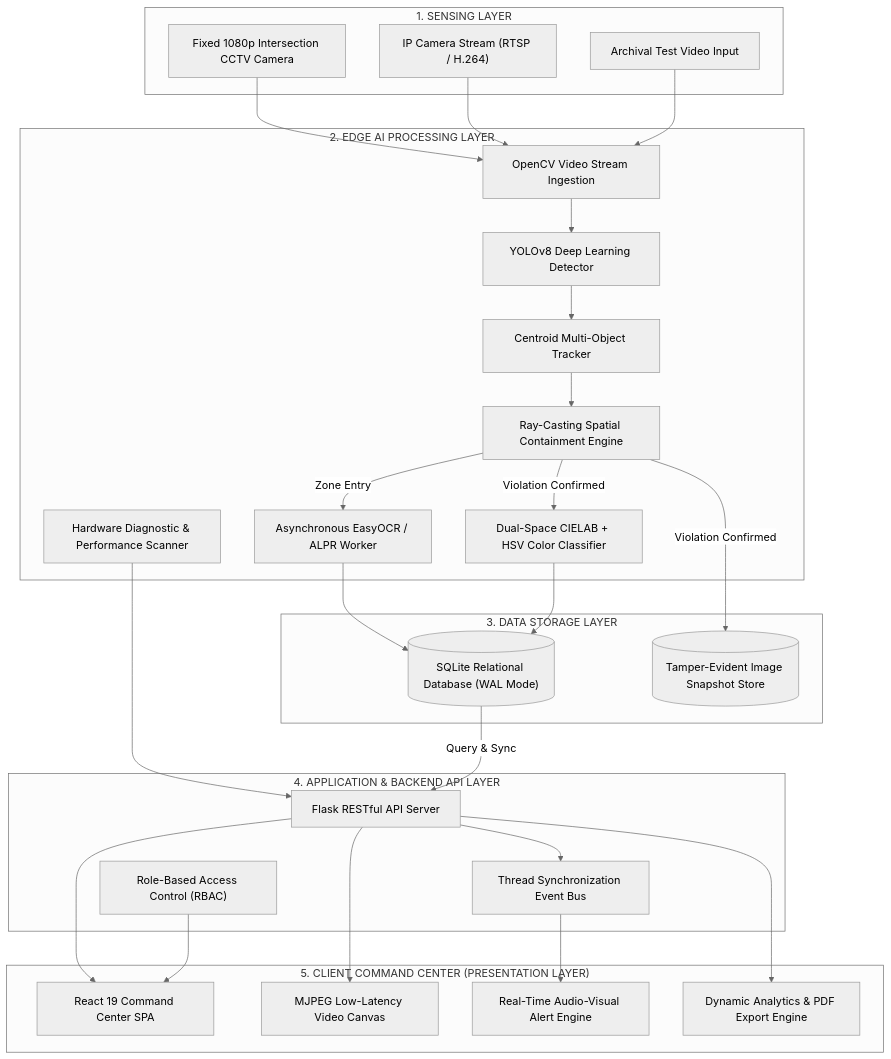
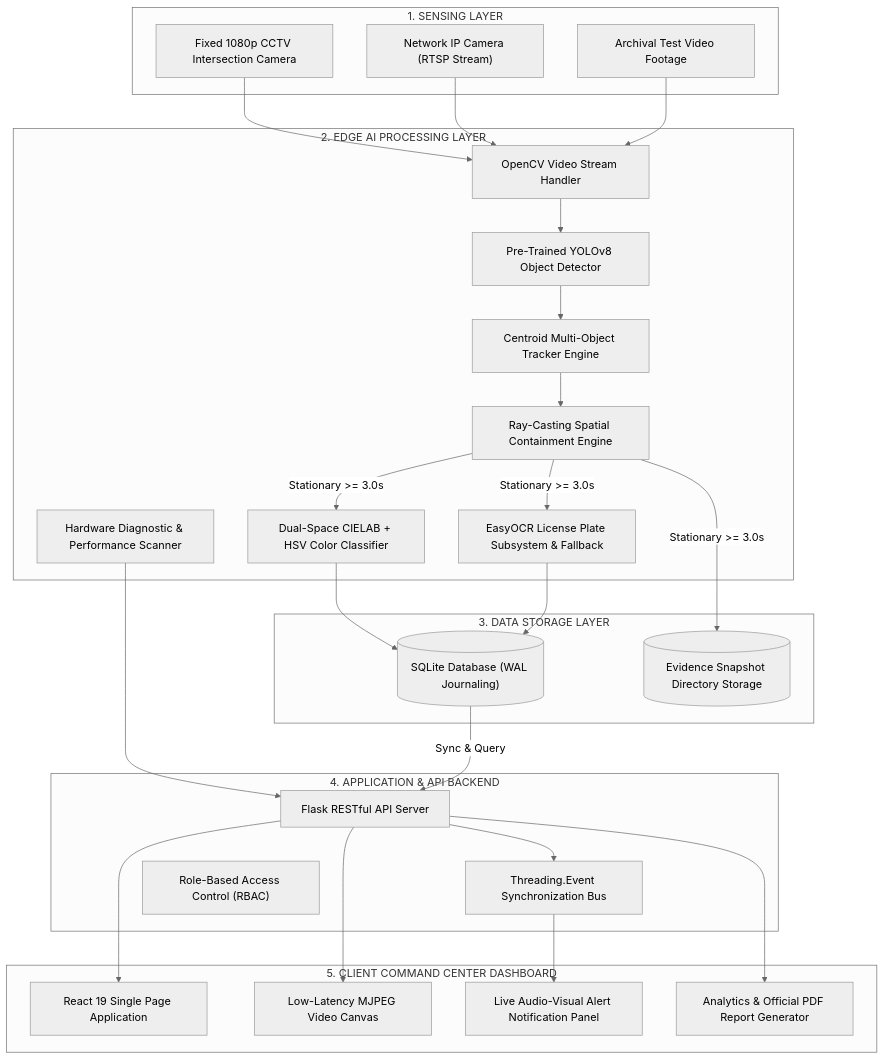
One commit to Chun-taro/AI-Powered-Yellow-Box-Zone-Violation-Monitoring-System changed the fifth of 6 diagrams in docs/Revised_Research_Paper.md. Above: the diagram before and after it, drawn with Mermaid (neutral theme). The commit also changed other lines of this file and 8 other files, not shown here.

Commit message:
fix(detection, docs): restore full-scene vehicle tracking, optimize startup warm-up, and clean manuscript diagrams

````diff
--- a/docs/Revised_Research_Paper.md
+++ b/docs/Revised_Research_Paper.md
@@ -569,56 +554,55 @@
 ```mermaid
 flowchart TD
     subgraph SensingLayer ["1. SENSING LAYER"]
-        C1["Fixed 1080p Intersection CCTV Camera"]
-        C2["IP Camera Stream (RTSP / H.264)"]
-        C3["Archival Test Video Input"]
+        C1["Fixed 1080p CCTV Intersection Camera"]
+        C2["Network IP Camera (RTSP Stream)"]
+        C3["Archival Test Video Footage"]
     end
 
     subgraph EdgeAI ["2. EDGE AI PROCESSING LAYER"]
-        VIn["OpenCV Video Stream Ingestion"]
-        YOLO["YOLOv8 Deep Learning Detector"]
-        Tracker["Centroid Multi-Object Tracker"]
+        VIn["OpenCV Video Stream Handler"]
+        YOLO["Pre-Trained YOLOv8 Object Detector"]
+        Tracker["Centroid Multi-Object Tracker Engine"]
         PIP["Ray-Casting Spatial Containment Engine"]
-        LPR["Asynchronous EasyOCR / ALPR Worker"]
-        Color["Dual-Space CIELAB + HSV Color Classifier"]
-        HScan["Hardware Diagnostic & Performance Scanner"]
+        ColorEng["Dual-Space CIELAB + HSV Color Classifier"]
+        LPREng["EasyOCR License Plate Subsystem & Fallback"]
+        HDiag["Hardware Diagnostic & Performance Scanner"]
     end
 
     subgraph DataLayer ["3. DATA STORAGE LAYER"]
-        DB[("SQLite Relational Database (WAL Mode)")]
-        MediaStore[("Tamper-Evident Image Snapshot Store")]
+        DB[("SQLite Database (WAL Journaling)")]
+        DiskStore[("Evidence Snapshot Directory Storage")]
     end
 
-    subgraph AppLayer ["4. APPLICATION & BACKEND API LAYER"]
+    subgraph AppLayer ["4. APPLICATION & API BACKEND"]
         Flask["Flask RESTful API Server"]
-        EventBus["Thread Synchronization Event Bus"]
-        Auth["Role-Based Access Control (RBAC)"]
+        EventSync["Threading.Event Synchronization Bus"]
+        Security["Role-Based Access Control (RBAC)"]
     end
 
-    subgraph ClientCenter ["5. CLIENT COMMAND CENTER (PRESENTATION LAYER)"]
-        ReactUI["React 19 Command Center SPA"]
-        LiveStream["MJPEG Low-Latency Video Canvas"]
-        LiveAlerts["Real-Time Audio-Visual Alert Engine"]
-        Reports["Dynamic Analytics & PDF Export Engine"]
+    subgraph ClientCenter ["5. CLIENT COMMAND CENTER DASHBOARD"]
+        ReactUI["React 19 Single Page Application"]
+        StreamView["Low-Latency MJPEG Video Canvas"]
+        AlertPanel["Live Audio-Visual Alert Notification Panel"]
+        ReportView["Analytics & Official PDF Report Generator"]
     end
 
     C1 --> VIn
     C2 --> VIn
     C3 --> VIn
     VIn --> YOLO
     YOLO --> Tracker
     Tracker --> PIP
-    PIP -->|"Zone Entry"| LPR
-    PIP -->|"Violation Confirmed"| MediaStore
-    PIP -->|"Violation Confirmed"| Color
-    LPR --> DB
-    Color --> DB
-    HScan --> Flask
-    DB -->|"Query & Sync"| Flask
-    Flask --> EventBus
-    EventBus --> LiveAlerts
-    Flask --> LiveStream
+    PIP -->|"Stationary >= 3.0s"| ColorEng
+    PIP -->|"Stationary >= 3.0s"| LPREng
+    PIP -->|"Stationary >= 3.0s"| DiskStore
+    ColorEng --> DB
+    LPREng --> DB
+    HDiag --> Flask
+    DB -->|"Sync & Query"| Flask
+    Flask --> EventSync
+    EventSync --> AlertPanel
+    Flask --> StreamView
     Flask --> ReactUI
-    Flask --> Reports
-    Auth --> ReactUI
+    Flask --> ReportView
 ```
````
